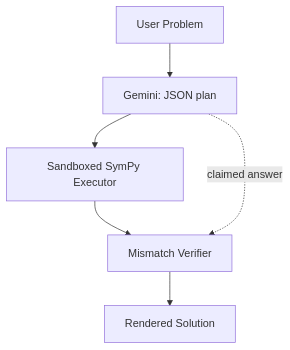
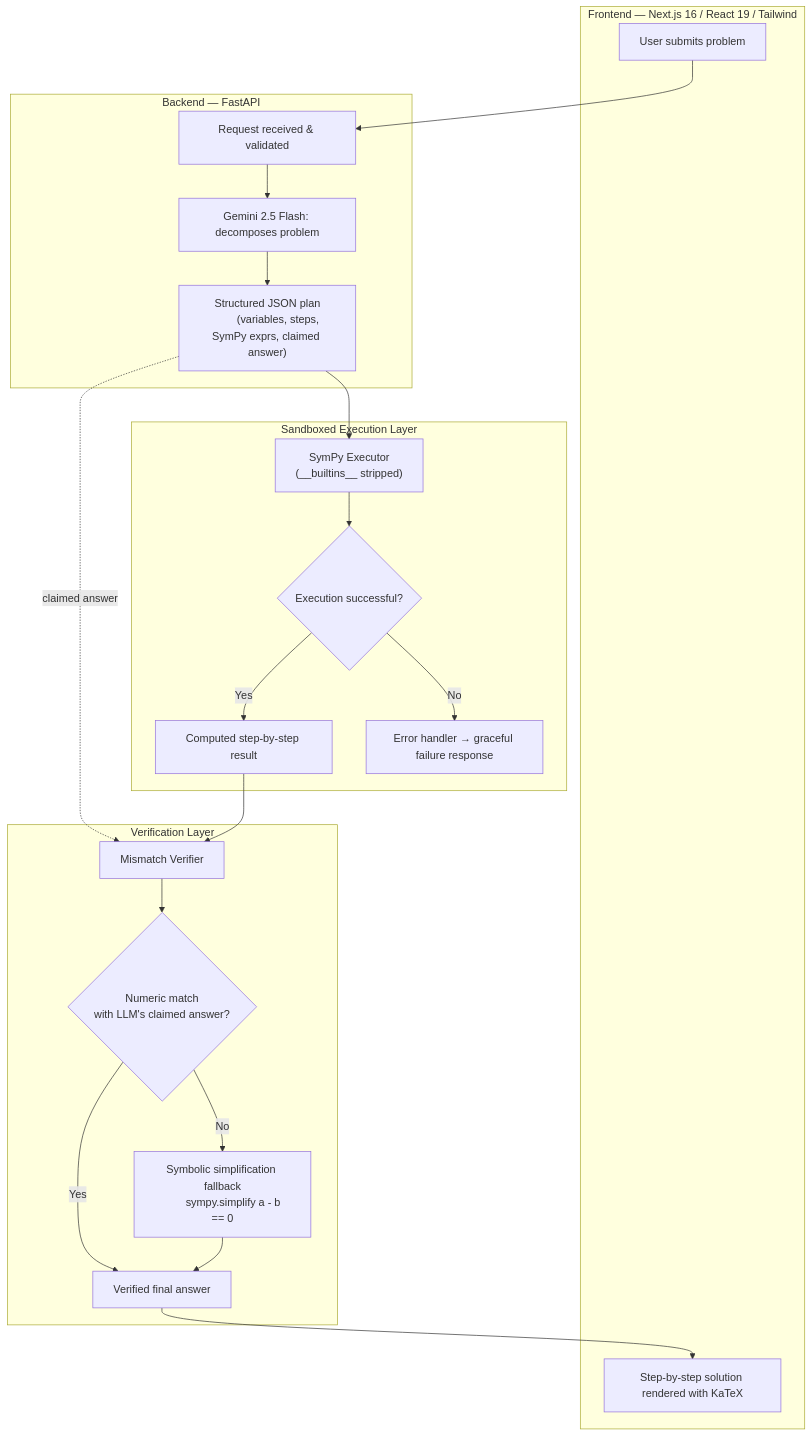
Before and after one commit to GargiPareek-27/GargiPareek-27: the first of 2 diagrams in README.md, drawn with Mermaid. The commit also changed other lines of this file, not shown here.

````diff
--- a/README.md
+++ b/README.md
@@ -100,8 +102,41 @@
 ```mermaid
 flowchart TD
-    A[User Problem] --> B[Gemini: JSON plan]
-    B --> C[Sandboxed SymPy Executor]
-    C --> D[Mismatch Verifier]
-    B -.claimed answer.-> D
-    D --> E[Rendered Solution]
+    subgraph Client["Frontend — Next.js 16 / React 19 / Tailwind"]
+        A[User submits problem]
+        N[Step-by-step solution rendered with KaTeX]
+    end
+
+    subgraph API["Backend — FastAPI"]
+        B[Request received & validated]
+        C[Gemini 2.5 Flash: decomposes problem]
+        D["Structured JSON plan
+        (variables, steps, SymPy exprs, claimed answer)"]
+    end
+
+    subgraph Sandbox["Sandboxed Execution Layer"]
+        E["SymPy Executor
+        (__builtins__ stripped)"]
+        F{Execution successful?}
+        G[Computed step-by-step result]
+        H[Error handler → graceful failure response]
+    end
+
+    subgraph Verify["Verification Layer"]
+        I[Mismatch Verifier]
+        J{Numeric match
+        with LLM's claimed answer?}
+        K[Symbolic simplification fallback
+        sympy.simplify a - b == 0]
+        L[Verified final answer]
+    end
+
+    A --> B --> C --> D --> E
+    E --> F
+    F -->|Yes| G
+    F -->|No| H
+    D -. claimed answer .-> I
+    G --> I --> J
+    J -->|Yes| L
+    J -->|No| K --> L
+    L --> N
 ```
````
